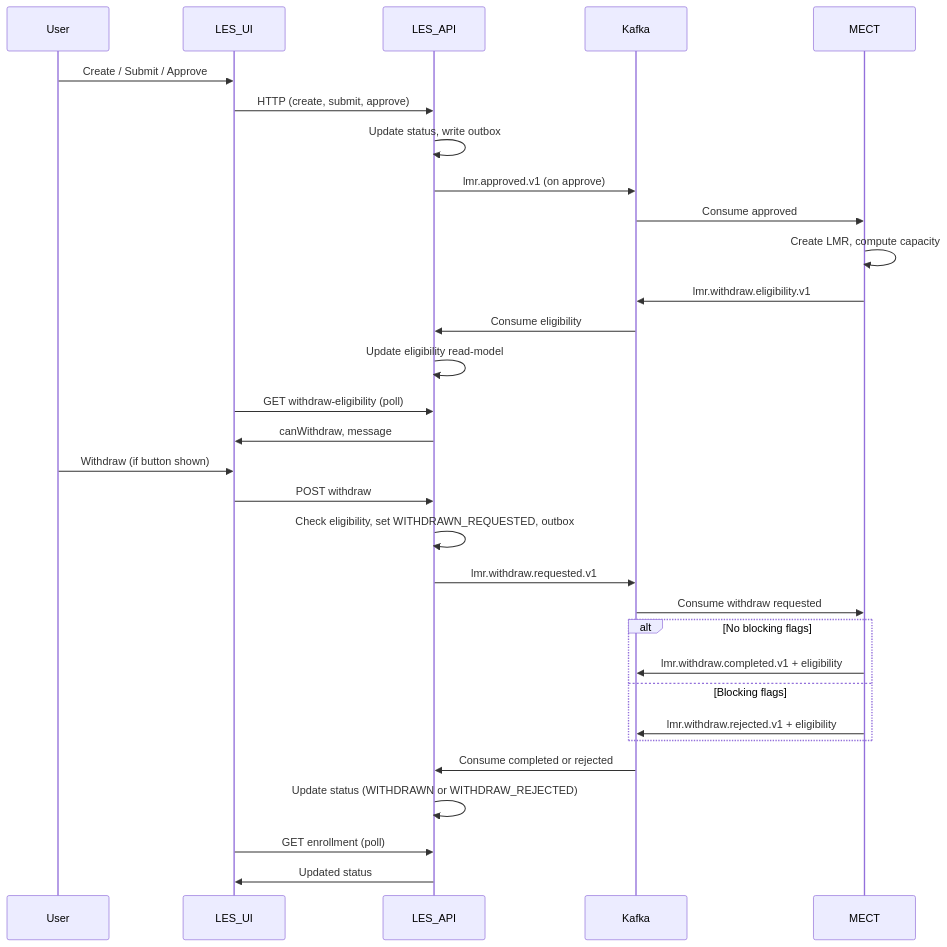
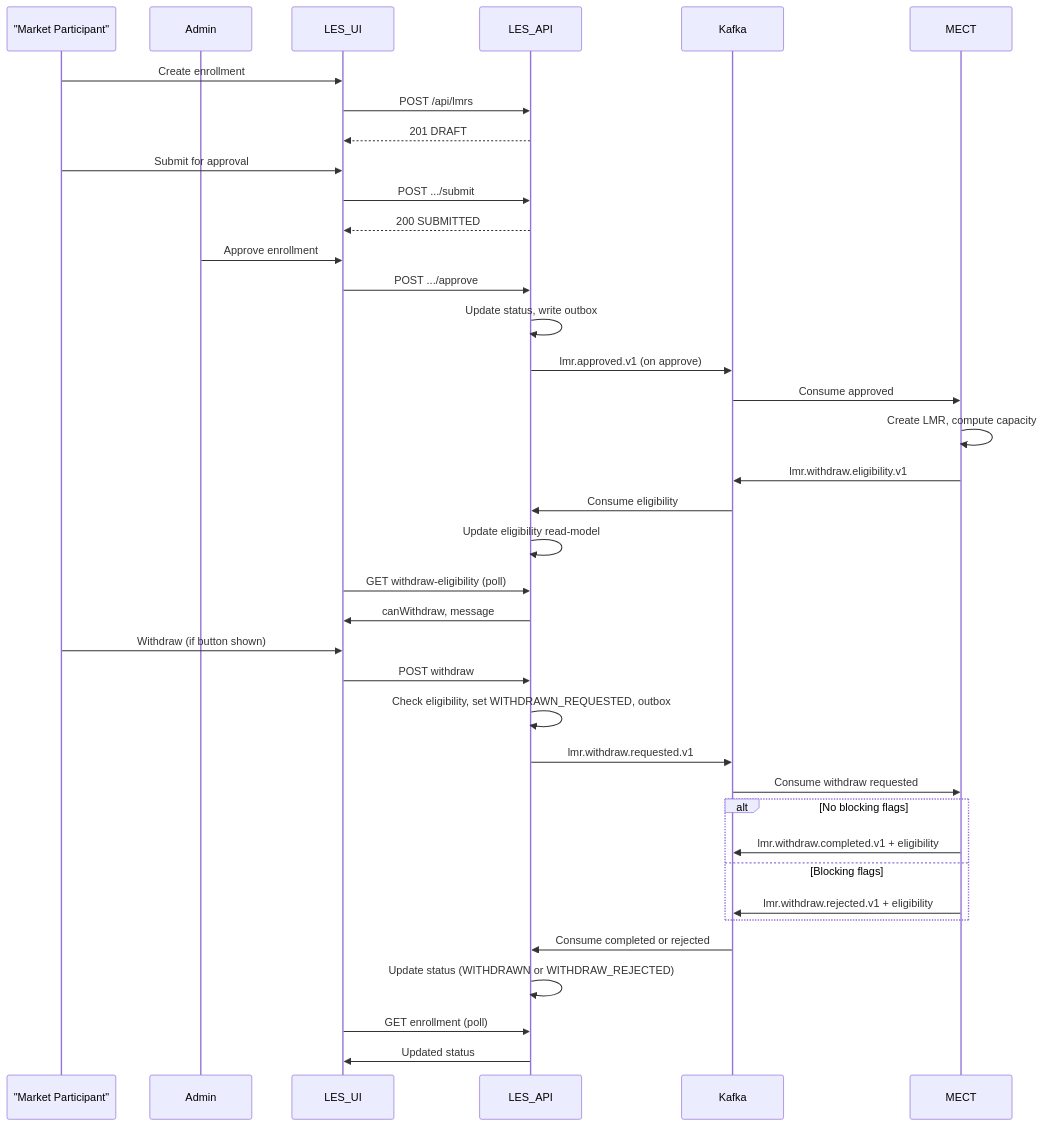
The fifth of 14 diagrams in docs/integration-flow-diagrams.md (dtaylor-us/LES-to-MECT-Integration-PoC), drawn with Mermaid before and after one commit. The commit also changed other lines of this file and 5 other files, not shown here.

````diff
--- a/docs/integration-flow-diagrams.md
+++ b/docs/integration-flow-diagrams.md
@@ -238,35 +241,42 @@
 ```mermaid
 sequenceDiagram
-    participant User
+    participant MP as "Market Participant"
+    participant Admin
     participant LES_UI
     participant LES_API
     participant Kafka
     participant MECT
 
-    User->>LES_UI: Create / Submit / Approve
-    LES_UI->>LES_API: HTTP (create, submit, approve)
+    MP->>LES_UI: Create enrollment
+    LES_UI->>LES_API: POST /api/lmrs
+    LES_API-->>LES_UI: 201 DRAFT
+    MP->>LES_UI: Submit for approval
+    LES_UI->>LES_API: POST .../submit
+    LES_API-->>LES_UI: 200 SUBMITTED
+    Admin->>LES_UI: Approve enrollment
+    LES_UI->>LES_API: POST .../approve
     LES_API->>LES_API: Update status, write outbox
     LES_API->>Kafka: lmr.approved.v1 (on approve)
     Kafka->>MECT: Consume approved
     MECT->>MECT: Create LMR, compute capacity
     MECT->>Kafka: lmr.withdraw.eligibility.v1
     Kafka->>LES_API: Consume eligibility
     LES_API->>LES_API: Update eligibility read-model
     LES_UI->>LES_API: GET withdraw-eligibility (poll)
     LES_API->>LES_UI: canWithdraw, message
 
-    User->>LES_UI: Withdraw (if button shown)
+    MP->>LES_UI: Withdraw (if button shown)
     LES_UI->>LES_API: POST withdraw
     LES_API->>LES_API: Check eligibility, set WITHDRAWN_REQUESTED, outbox
     LES_API->>Kafka: lmr.withdraw.requested.v1
     Kafka->>MECT: Consume withdraw requested
     alt No blocking flags
         MECT->>Kafka: lmr.withdraw.completed.v1 + eligibility
     else Blocking flags
         MECT->>Kafka: lmr.withdraw.rejected.v1 + eligibility
     end
     Kafka->>LES_API: Consume completed or rejected
     LES_API->>LES_API: Update status (WITHDRAWN or WITHDRAW_REJECTED)
     LES_UI->>LES_API: GET enrollment (poll)
     LES_API->>LES_UI: Updated status
 ```
````
